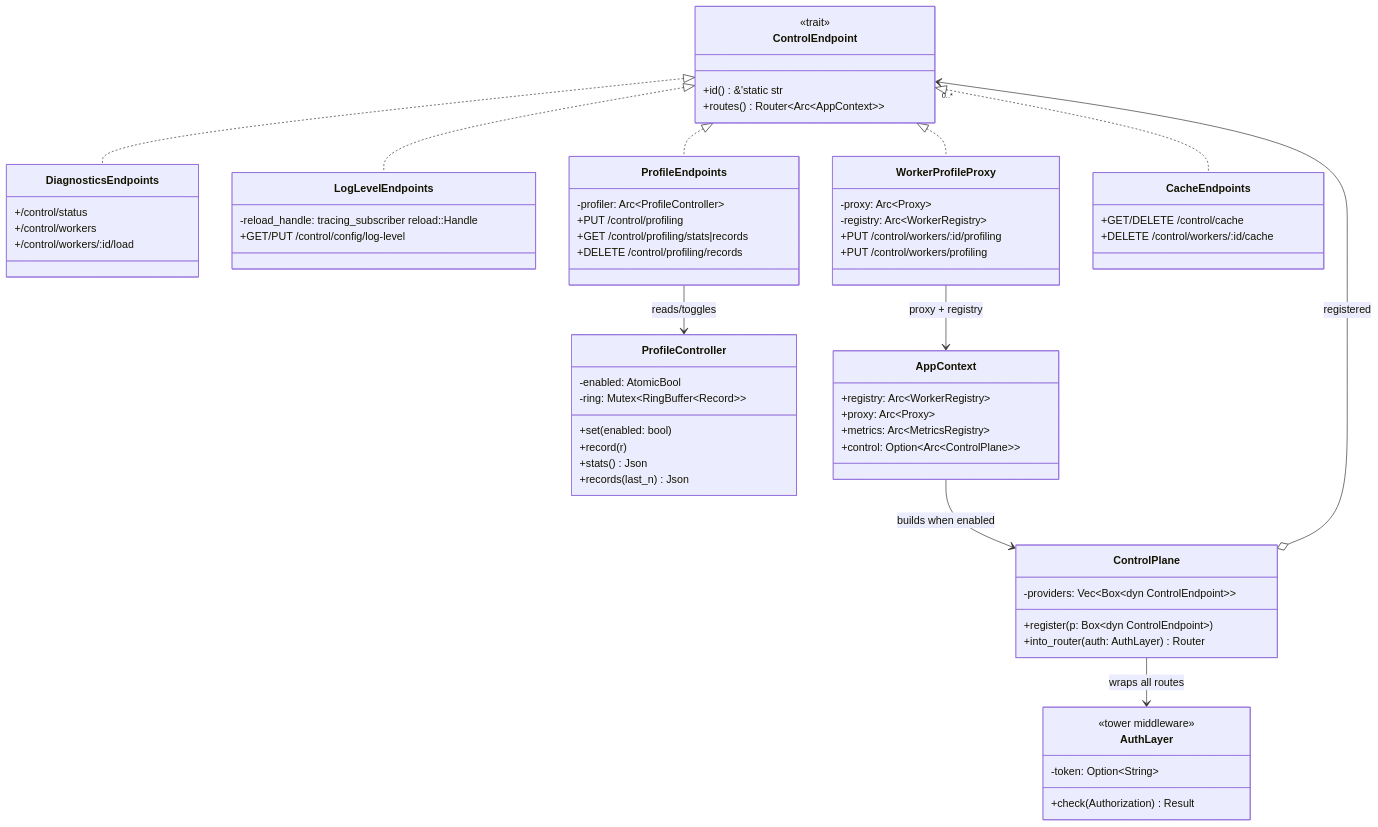
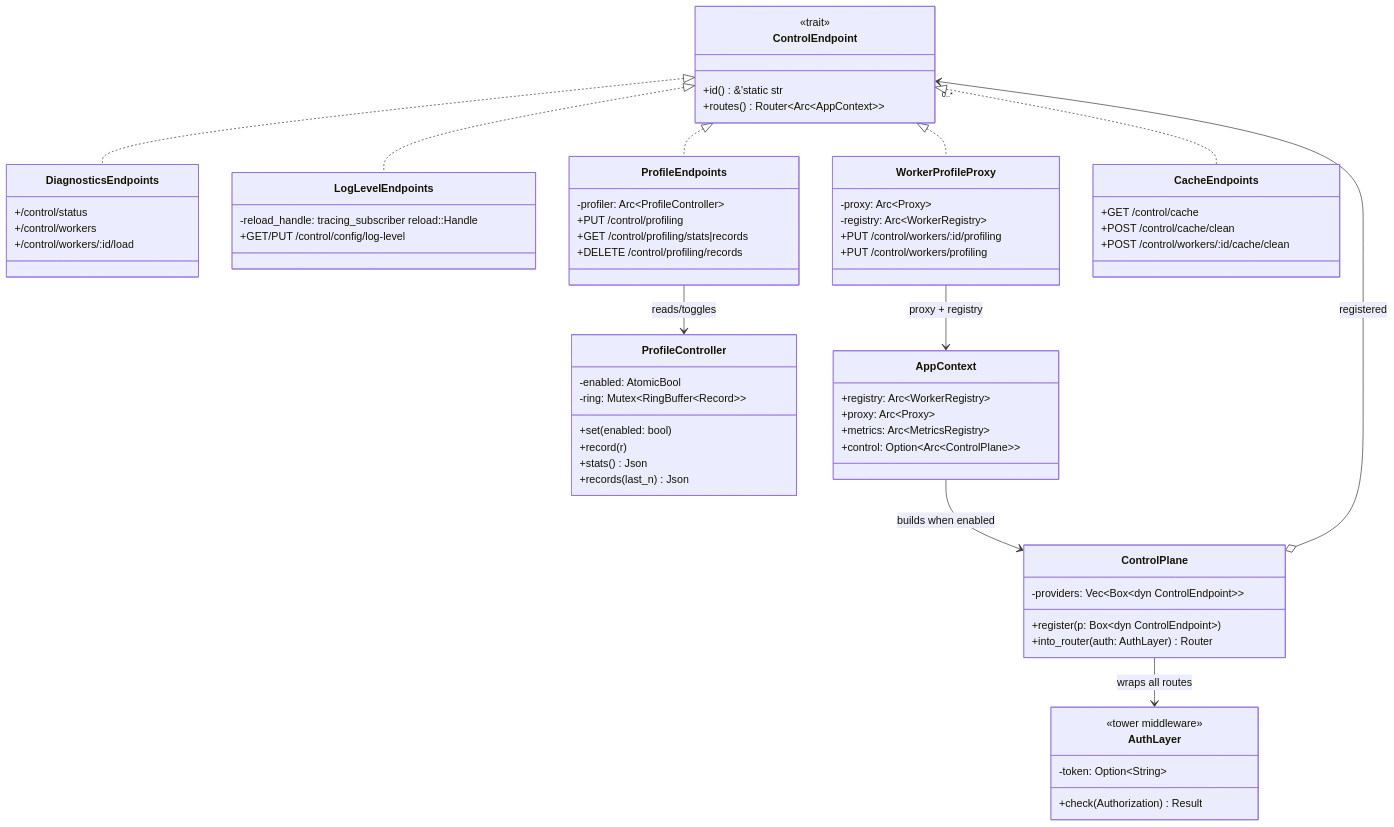
One commit to ZhaiFeiyue/sglang changed the first of 5 diagrams in experimental/sgl-router/docs/control_api_design.md. Above: the diagram before and after it, drawn with Mermaid. The commit also changed other lines of this file, not shown here.

First line of the commit message:
docs(sgl-router): logical worker ids (restart-stable) + POST cache/clean

````diff
--- a/experimental/sgl-router/docs/control_api_design.md
+++ b/experimental/sgl-router/docs/control_api_design.md
@@ -139,73 +183,74 @@
 ```mermaid
 classDiagram
     class ControlEndpoint {
         <<trait>>
         +id() &'static str
         +routes() Router~Arc~AppContext~~
     }
 
     class ControlPlane {
         -providers: Vec~Box~dyn ControlEndpoint~~
         +register(p: Box~dyn ControlEndpoint~)
         +into_router(auth: AuthLayer) Router
     }
 
     class AuthLayer {
         <<tower middleware>>
         -token: Option~String~
         +check(Authorization) Result
     }
 
     class DiagnosticsEndpoints {
         +/control/status
         +/control/workers
         +/control/workers/:id/load
     }
     class LogLevelEndpoints {
         -reload_handle: tracing_subscriber reload::Handle
         +GET/PUT /control/config/log-level
     }
     class ProfileEndpoints {
         -profiler: Arc~ProfileController~
         +PUT /control/profiling
         +GET /control/profiling/stats|records
         +DELETE /control/profiling/records
     }
     class WorkerProfileProxy {
         -proxy: Arc~Proxy~
         -registry: Arc~WorkerRegistry~
         +PUT /control/workers/:id/profiling
         +PUT /control/workers/profiling
     }
     class CacheEndpoints {
-        +GET/DELETE /control/cache
-        +DELETE /control/workers/:id/cache
+        +GET /control/cache
+        +POST /control/cache/clean
+        +POST /control/workers/:id/cache/clean
     }
 
     class ProfileController {
         -enabled: AtomicBool
         -ring: Mutex~RingBuffer~Record~~
         +set(enabled: bool)
         +record(r)
         +stats() Json
         +records(last_n) Json
     }
 
     class AppContext {
         +registry: Arc~WorkerRegistry~
         +proxy: Arc~Proxy~
         +metrics: Arc~MetricsRegistry~
         +control: Option~Arc~ControlPlane~~
     }
 
     ControlEndpoint <|.. DiagnosticsEndpoints
     ControlEndpoint <|.. LogLevelEndpoints
     ControlEndpoint <|.. ProfileEndpoints
     ControlEndpoint <|.. WorkerProfileProxy
     ControlEndpoint <|.. CacheEndpoints
     ControlPlane o--> "0..*" ControlEndpoint : registered
     ProfileEndpoints --> ProfileController : reads/toggles
     WorkerProfileProxy --> AppContext : proxy + registry
     AppContext --> ControlPlane : builds when enabled
     ControlPlane --> AuthLayer : wraps all routes
 ```
````
